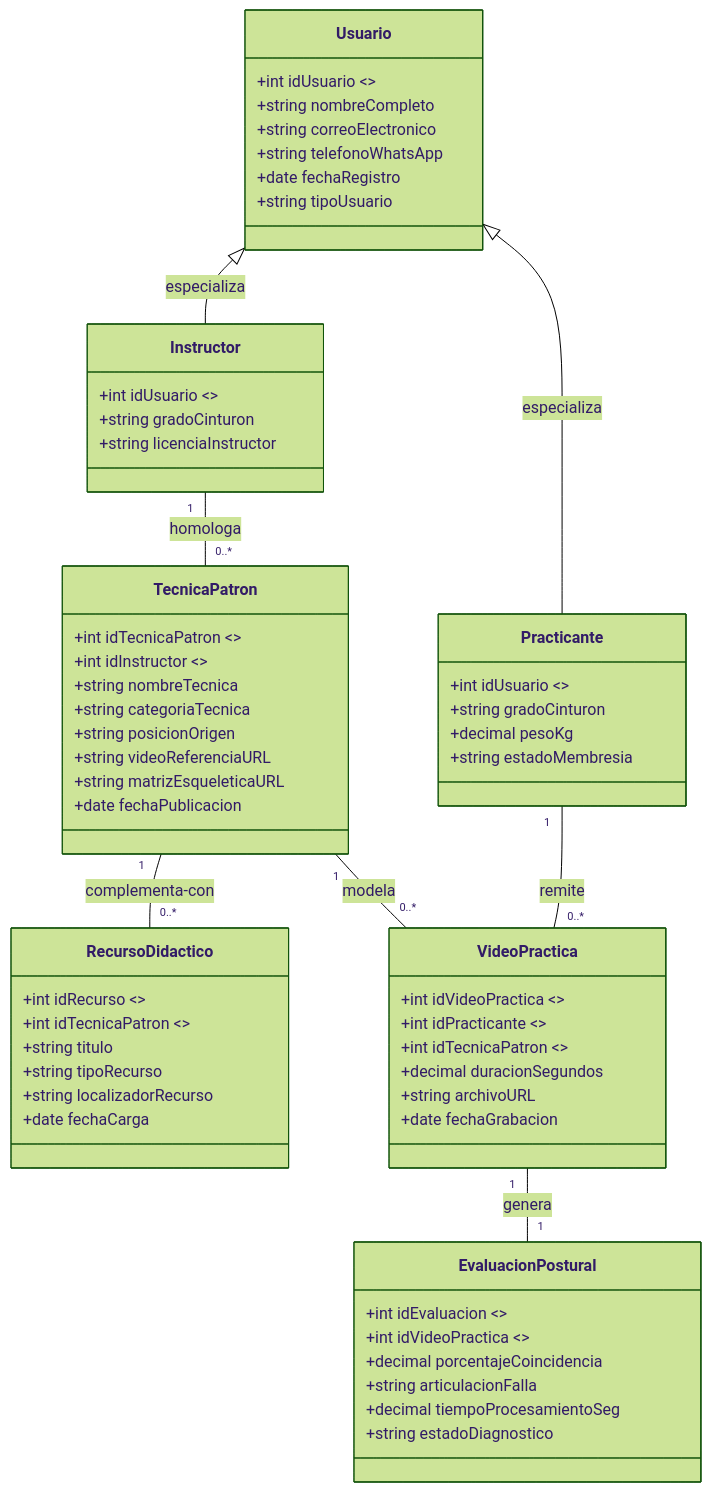
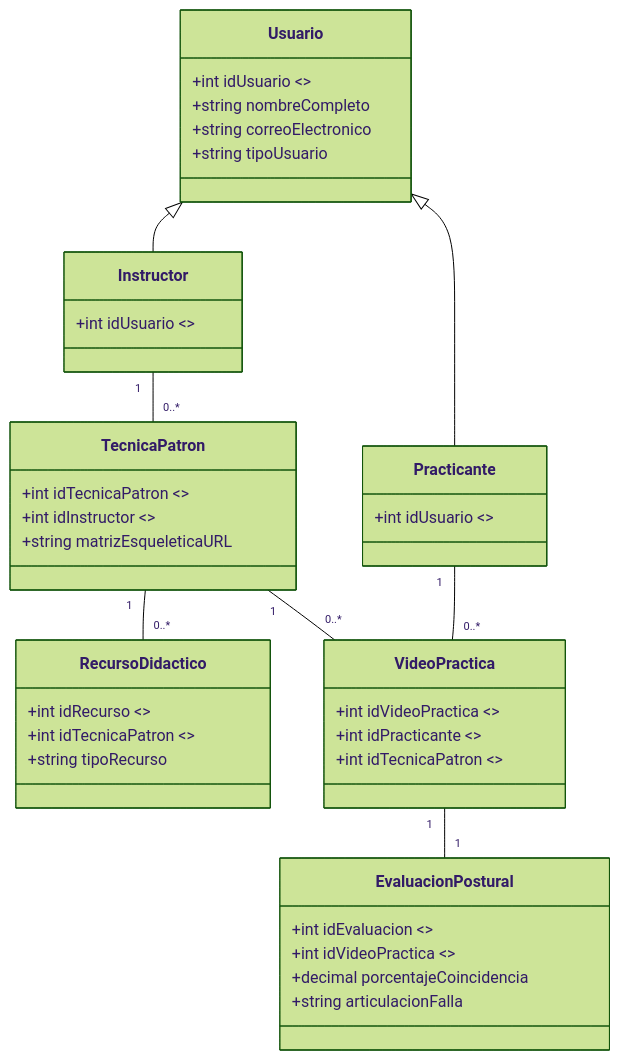
One commit to Tsmrain/JiuJitsu changed the ninth of 9 diagrams in README.md. Above: the diagram before and after it, drawn with Mermaid (forest theme). The commit also changed other lines of this file, not shown here.

Commit message:
refactor: restructure system architecture documentation into concise layers and a formal GRASP responsibility matrix

````diff
--- a/README.md
+++ b/README.md
@@ -677,72 +656,41 @@
 ```mermaid
 classDiagram
     direction TB
-
     class Usuario {
         +int idUsuario <<PK>>
         +string nombreCompleto
         +string correoElectronico
-        +string telefonoWhatsApp
-        +date fechaRegistro
         +string tipoUsuario
     }
-
-    class Instructor {
-        +int idUsuario <<PK, FK>>
-        +string gradoCinturon
-        +string licenciaInstructor
-    }
-
-    class Practicante {
-        +int idUsuario <<PK, FK>>
-        +string gradoCinturon
-        +decimal pesoKg
-        +string estadoMembresia
-    }
-
+    class Instructor { +int idUsuario <<PK,FK>> }
+    class Practicante { +int idUsuario <<PK,FK>> }
     class TecnicaPatron {
         +int idTecnicaPatron <<PK>>
         +int idInstructor <<FK>>
-        +string nombreTecnica
-        +string categoriaTecnica
-        +string posicionOrigen
-        +string videoReferenciaURL
         +string matrizEsqueleticaURL
-        +date fechaPublicacion
     }
-
     class RecursoDidactico {
         +int idRecurso <<PK>>
         +int idTecnicaPatron <<FK>>
-        +string titulo
         +string tipoRecurso
-        +string localizadorRecurso
-        +date fechaCarga
     }
-
     class VideoPractica {
         +int idVideoPractica <<PK>>
         +int idPracticante <<FK>>
         +int idTecnicaPatron <<FK>>
-        +decimal duracionSegundos
-        +string archivoURL
-        +date fechaGrabacion
+    }
+    class EvaluacionPostural {
+        +int idEvaluacion <<PK>>
+        +int idVideoPractica <<FK,Unique>>
+        +decimal porcentajeCoincidencia
+        +string articulacionFalla
     }
 
-    class EvaluacionPostural {
-        +int idEvaluacion <<PK>>
-        +int idVideoPractica <<FK, Unique>>
-        +decimal porcentajeCoincidencia
-        +string articulacionFalla
-        +decimal tiempoProcesamientoSeg
-        +string estadoDiagnostico
-    }
-
-    Usuario <|-- Instructor : especializa
-    Usuario <|-- Practicante : especializa
-    Instructor "1" -- "0..*" TecnicaPatron : homologa
-    TecnicaPatron "1" -- "0..*" RecursoDidactico : complementa-con
-    Practicante "1" -- "0..*" VideoPractica : remite
-    TecnicaPatron "1" -- "0..*" VideoPractica : modela
-    VideoPractica "1" -- "1" EvaluacionPostural : genera
+    Usuario <|-- Instructor
+    Usuario <|-- Practicante
+    Instructor "1" -- "0..*" TecnicaPatron
+    TecnicaPatron "1" -- "0..*" RecursoDidactico
+    Practicante "1" -- "0..*" VideoPractica
+    TecnicaPatron "1" -- "0..*" VideoPractica
+    VideoPractica "1" -- "1" EvaluacionPostural
 ```
````
